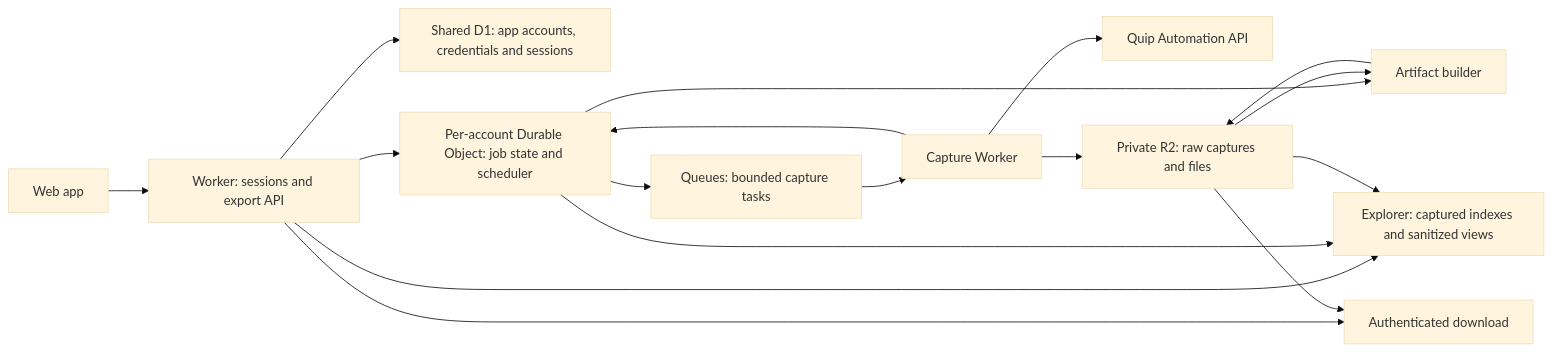
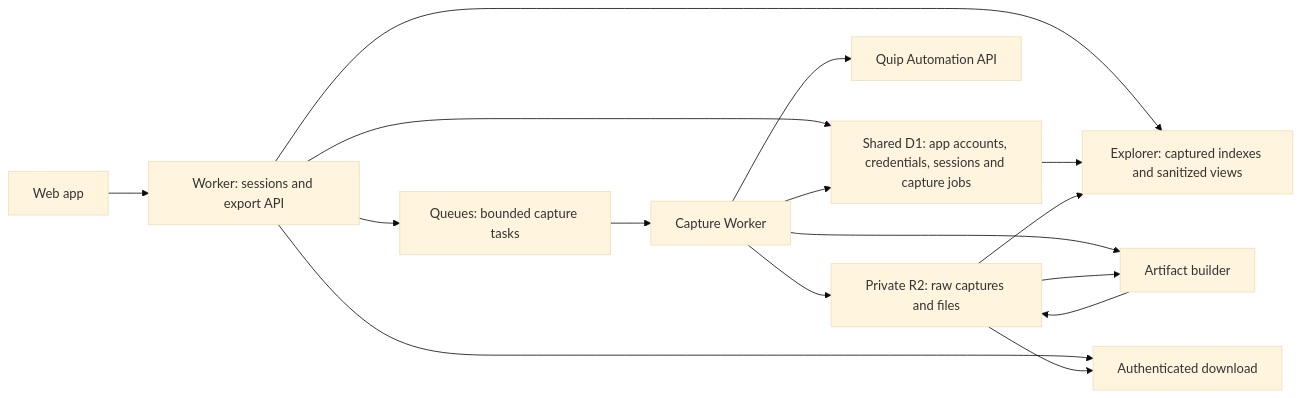
The diagram in docs/phase-1-design.md (mihaip/quipisdead), drawn with Mermaid (base theme) before and after one commit. The commit also changed other lines of this file and 30 other files, not shown here.

First line of the commit message:
Add background profile capture with job and progress history

````diff
--- a/docs/phase-1-design.md
+++ b/docs/phase-1-design.md
@@ -192,19 +192,18 @@
 ```mermaid
 flowchart LR
   Browser[Web app] --> API[Worker: sessions and export API]
-  API --> D1[Shared D1: app accounts, credentials and sessions]
-  API --> Coordinator[Per-account Durable Object: job state and scheduler]
-  Coordinator --> Queue[Queues: bounded capture tasks]
+  API --> D1[Shared D1: app accounts, credentials, sessions and capture jobs]
+  API --> Queue[Queues: bounded capture tasks]
   Queue --> Capture[Capture Worker]
   Capture --> Quip[Quip Automation API]
   Capture --> R2[Private R2: raw captures and files]
-  Capture --> Coordinator
-  Coordinator --> Packager[Artifact builder]
+  Capture --> D1
+  Capture --> Packager[Artifact builder]
   R2 --> Packager
   Packager --> R2
   API --> Explorer[Explorer: captured indexes and sanitized views]
-  Coordinator --> Explorer
+  D1 --> Explorer
   R2 --> Explorer
   API --> Download[Authenticated download]
   R2 --> Download
 ```
````
